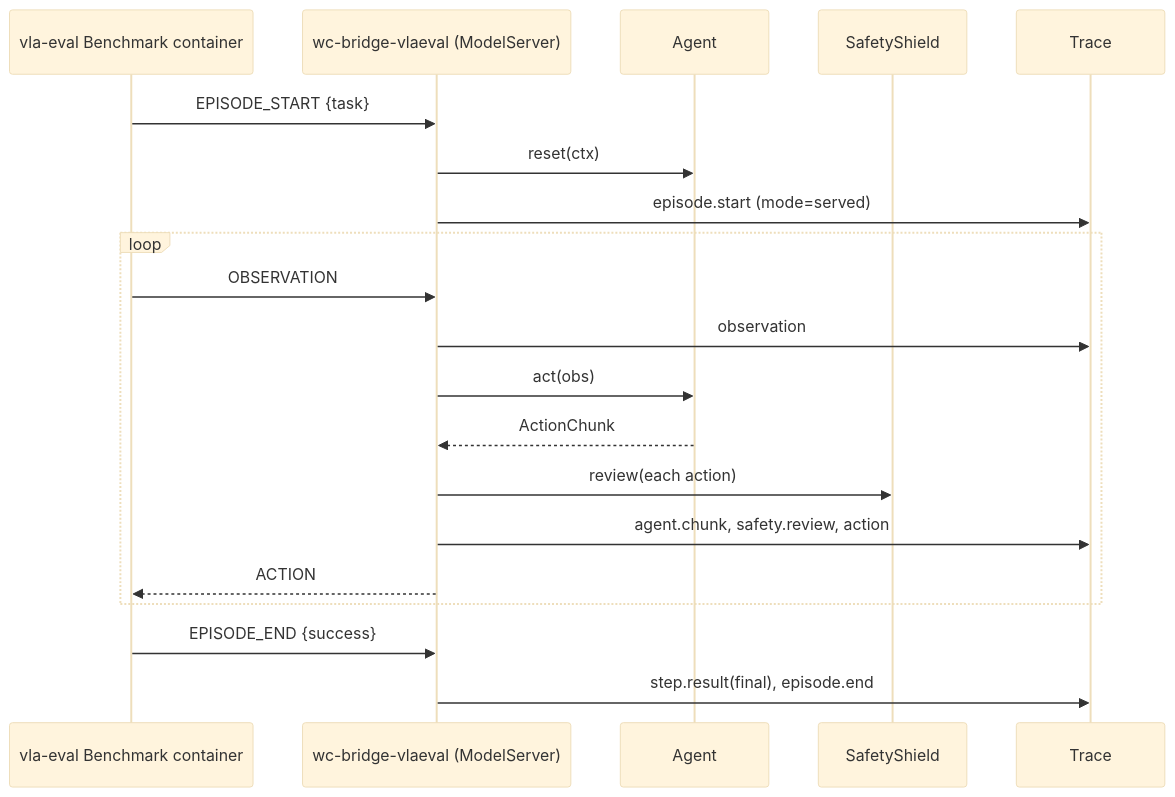
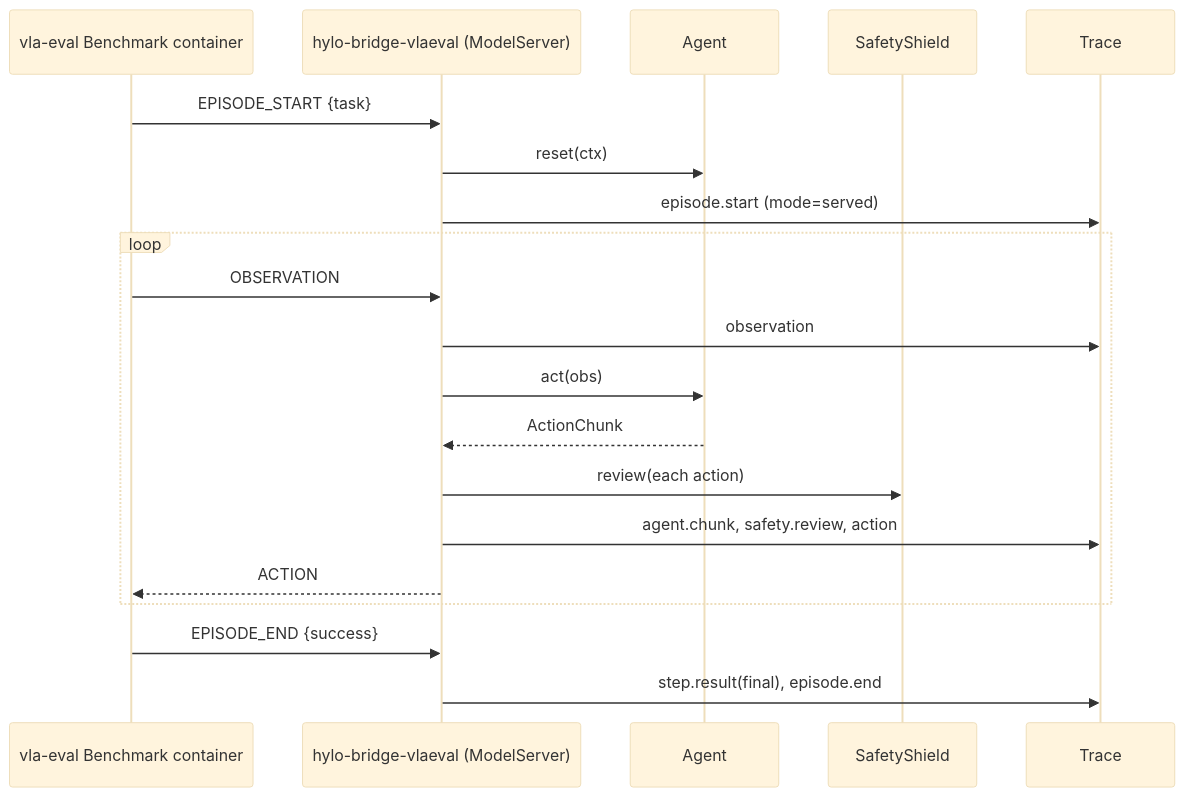
The second of 3 diagrams in docs/execution-lifecycle.md (HyloAI/hylo-harness), drawn with Mermaid (base theme) before and after one commit. The commit also changed other lines of this file and 394 other files, not shown here.

````diff
--- a/docs/execution-lifecycle.md
+++ b/docs/execution-lifecycle.md
@@ -94,22 +94,22 @@
 ```mermaid
 sequenceDiagram
   participant B as vla-eval Benchmark container
-  participant V as wc-bridge-vlaeval (ModelServer)
+  participant V as hylo-bridge-vlaeval (ModelServer)
   participant A as Agent
   participant S as SafetyShield
   participant T as Trace
   B->>V: EPISODE_START {task}
   V->>A: reset(ctx)
   V->>T: episode.start (mode=served)
   loop
     B->>V: OBSERVATION
     V->>T: observation
     V->>A: act(obs)
     A-->>V: ActionChunk
     V->>S: review(each action)
     V->>T: agent.chunk, safety.review, action
     V-->>B: ACTION
   end
   B->>V: EPISODE_END {success}
   V->>T: step.result(final), episode.end
 ```
````
